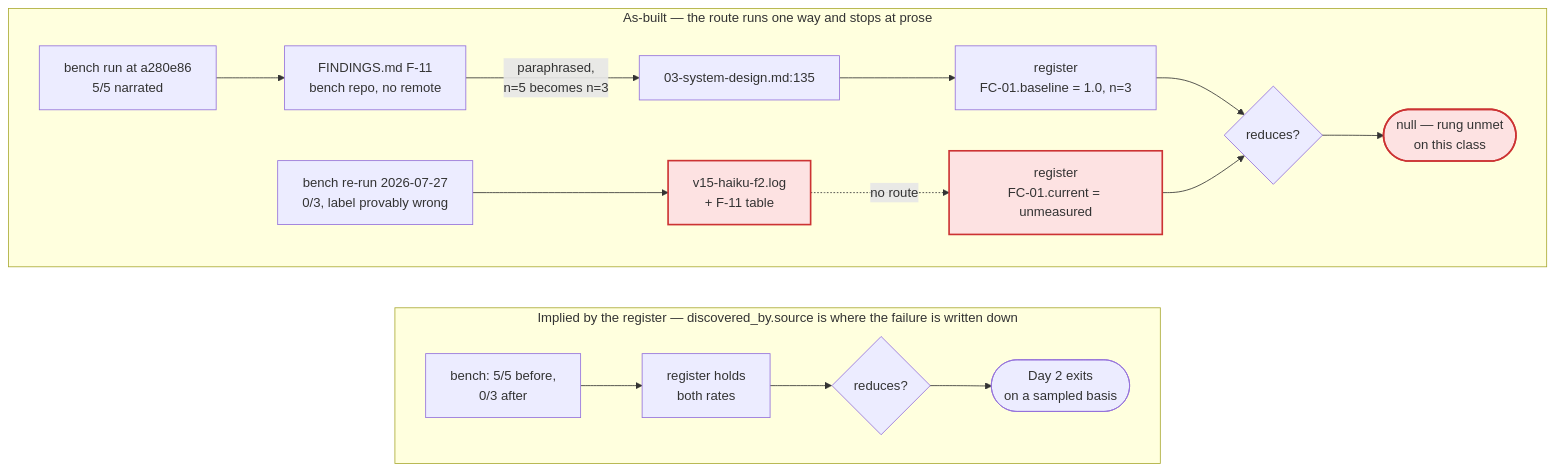
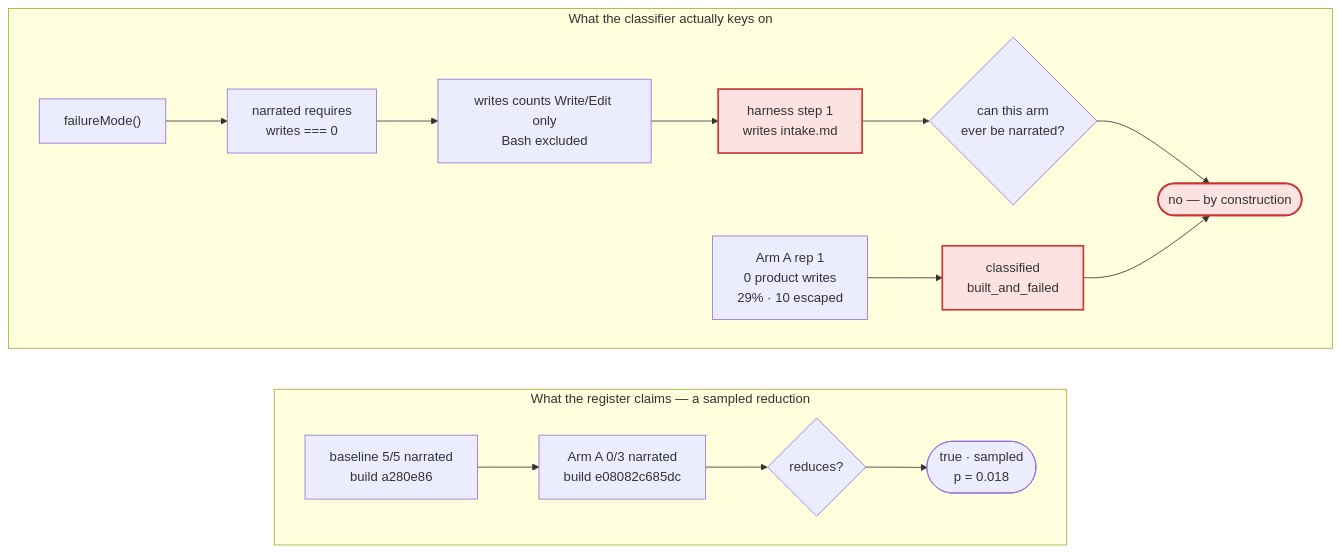
The diagram in docs/day2_tool_efficacy_review.md (nguyenvanphituoc/shapeup-sdlc-plugin), drawn with Mermaid before and after one commit. The commit also changed other lines of this file, not shown here.

First line of the commit message:
day2 rev 4: the reduction counted a predicate the harness satisfies by design

````diff
--- a/docs/day2_tool_efficacy_review.md
+++ b/docs/day2_tool_efficacy_review.md
@@ -109,24 +81,23 @@
 ```mermaid
 flowchart LR
-  subgraph implied["Implied by the register — discovered_by.source is where the failure is written down"]
+  subgraph claimed["What the register claims — a sampled reduction"]
     direction LR
-    A1["bench: 5/5 before,<br/>0/3 after"] --> A2["register holds<br/>both rates"]
+    A1["baseline 5/5 narrated<br/>build a280e86"] --> A2["Arm A 0/3 narrated<br/>build e08082c685dc"]
     A2 --> A3{"reduces?"}
-    A3 --> A4(["Day 2 exits<br/>on a sampled basis"])
+    A3 --> A4(["true · sampled<br/>p = 0.018"])
   end
 
-  subgraph built["As-built — the route runs one way and stops at prose"]
+  subgraph real["What the classifier actually keys on"]
     direction LR
-    B1["bench run at a280e86<br/>5/5 narrated"] --> B2["FINDINGS.md F-11<br/>bench repo, no remote"]
-    B2 -->|"paraphrased,<br/>n=5 becomes n=3"| B3["03-system-design.md:135"]
-    B3 --> B4["register<br/>FC-01.baseline = 1.0, n=3"]
-    B5["bench re-run 2026-07-27<br/>0/3, label provably wrong"] --> B6["v15-haiku-f2.log<br/>+ F-11 table"]
-    B6 -.->|"no route"| B7["register<br/>FC-01.current = unmeasured"]
-    B4 --> B8{"reduces?"}
-    B7 --> B8
-    B8 --> B9(["null — rung unmet<br/>on this class"])
+    B1["failureMode()"] --> B2["narrated requires<br/>writes === 0"]
+    B2 --> B3["writes counts Write/Edit only<br/>Bash excluded"]
+    B3 --> B4["harness step 1<br/>writes intake.md"]
+    B4 --> B5{"can this arm<br/>ever be narrated?"}
+    B5 --> B6(["no — by construction"])
+    B7["Arm A rep 1<br/>0 product writes<br/>29% · 10 escaped"] --> B8["classified<br/>built_and_failed"]
+    B8 --> B6
   end
 
   classDef hot fill:#fde2e2,stroke:#c33,stroke-width:2px
-  class B6,B7,B9 hot
+  class B4,B6,B8 hot
 ```
````
